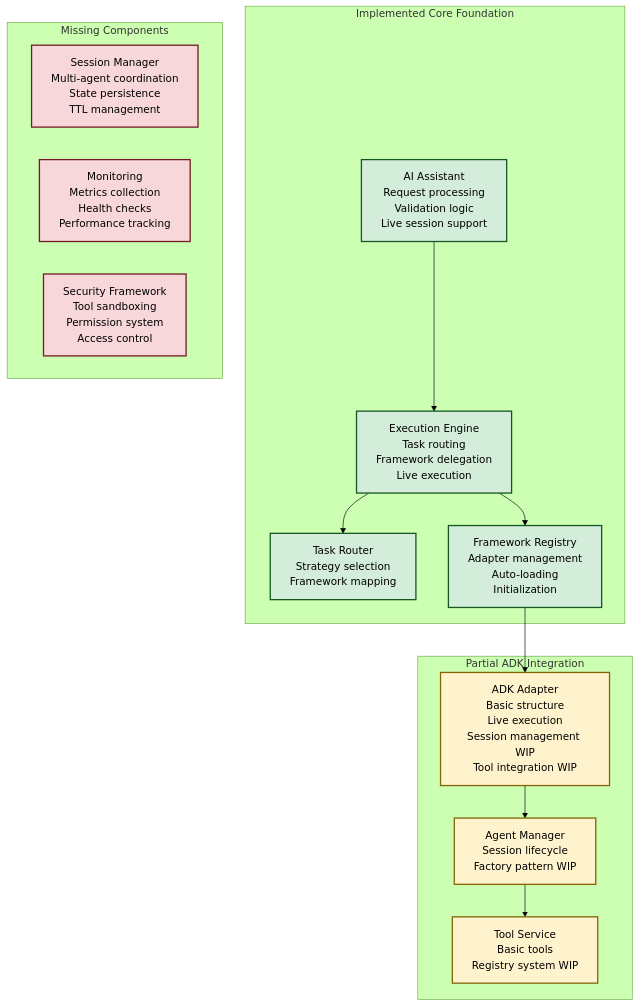
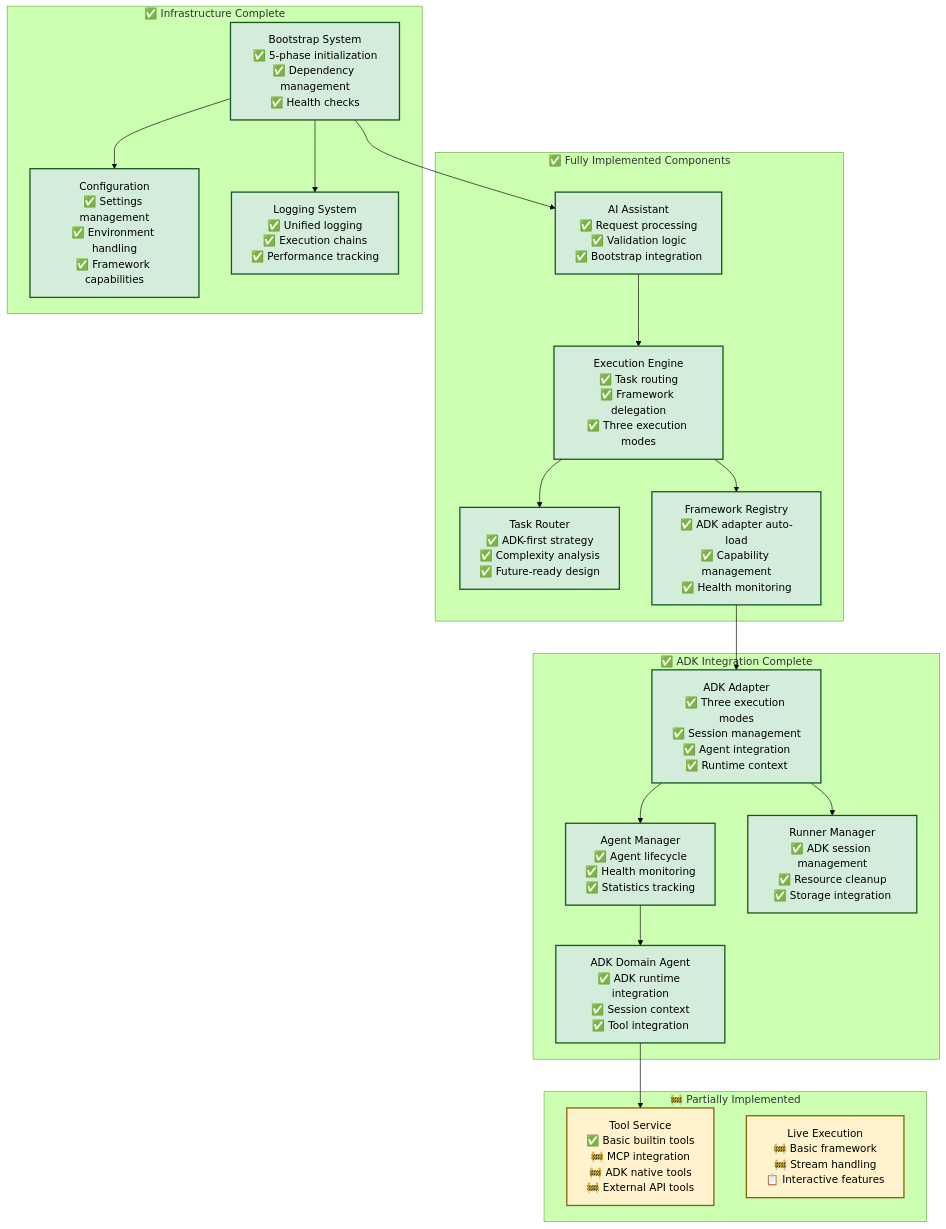
Before and after one commit to wudalu/aether-frame: the third of 3 diagrams in docs/architecture.md, drawn with Mermaid (forest theme). The commit also changed other lines of this file and 7 other files, not shown here.

````diff
--- a/docs/architecture.md
+++ b/docs/architecture.md
@@ -331,36 +229,49 @@
 ```mermaid
 graph TB
-    subgraph "Implemented Core Foundation"
-        AI[AI Assistant<br/>Request processing<br/>Validation logic<br/>Live session support]
-        EE[Execution Engine<br/>Task routing<br/>Framework delegation<br/>Live execution]
-        TR[Task Router<br/>Strategy selection<br/>Framework mapping]
-        FR[Framework Registry<br/>Adapter management<br/>Auto-loading<br/>Initialization]
+    subgraph "✅ Fully Implemented Components"
+        AI[AI Assistant<br/>✅ Request processing<br/>✅ Validation logic<br/>✅ Bootstrap integration]
+        EE[Execution Engine<br/>✅ Task routing<br/>✅ Framework delegation<br/>✅ Three execution modes]
+        TR[Task Router<br/>✅ ADK-first strategy<br/>✅ Complexity analysis<br/>✅ Future-ready design]
+        FR[Framework Registry<br/>✅ ADK adapter auto-load<br/>✅ Capability management<br/>✅ Health monitoring]
     end
     
-    subgraph "Partial ADK Integration"
-        ADK[ADK Adapter<br/>Basic structure<br/>Live execution<br/>Session management WIP<br/>Tool integration WIP]
-        AM[Agent Manager<br/>Session lifecycle<br/>Factory pattern WIP]
-        TOOLS[Tool Service<br/>Basic tools<br/>Registry system WIP]
+    subgraph "✅ ADK Integration Complete"
+        ADK[ADK Adapter<br/>✅ Three execution modes<br/>✅ Session management<br/>✅ Agent integration<br/>✅ Runtime context]
+        AM[Agent Manager<br/>✅ Agent lifecycle<br/>✅ Health monitoring<br/>✅ Statistics tracking]
+        RM[Runner Manager<br/>✅ ADK session management<br/>✅ Resource cleanup<br/>✅ Storage integration]
+        DA[ADK Domain Agent<br/>✅ ADK runtime integration<br/>✅ Session context<br/>✅ Tool integration]
     end
     
-    subgraph "Missing Components"
-        SESS[Session Manager<br/>Multi-agent coordination<br/>State persistence<br/>TTL management]
-        MON[Monitoring<br/>Metrics collection<br/>Health checks<br/>Performance tracking]
-        SEC[Security Framework<br/>Tool sandboxing<br/>Permission system<br/>Access control]
+    subgraph "🚧 Partially Implemented"
+        TOOLS[Tool Service<br/>✅ Basic builtin tools<br/>🚧 MCP integration<br/>🚧 ADK native tools<br/>🚧 External API tools]
+        LIVE[Live Execution<br/>🚧 Basic framework<br/>🚧 Stream handling<br/>📋 Interactive features]
+    end
+    
+    subgraph "✅ Infrastructure Complete"
+        BOOT[Bootstrap System<br/>✅ 5-phase initialization<br/>✅ Dependency management<br/>✅ Health checks]
+        CONFIG[Configuration<br/>✅ Settings management<br/>✅ Environment handling<br/>✅ Framework capabilities]
+        LOG[Logging System<br/>✅ Unified logging<br/>✅ Execution chains<br/>✅ Performance tracking]
     end
     
     AI --> EE
     EE --> TR
     EE --> FR
     FR --> ADK
     ADK --> AM
-    AM --> TOOLS
+    ADK --> RM
+    AM --> DA
+    DA --> TOOLS
+    
+    BOOT --> AI
+    BOOT --> CONFIG
+    BOOT --> LOG
     
     classDef implemented fill:#d4edda,stroke:#155724,stroke-width:2
     classDef partial fill:#fff3cd,stroke:#856404,stroke-width:2
-    classDef missing fill:#f8d7da,stroke:#721c24,stroke-width:2
+    classDef placeholder fill:#f8d7da,stroke:#721c24,stroke-width:2
     
     class AI,EE,TR,FR implemented
-    class ADK,AM,TOOLS partial
-    class SESS,MON,SEC missing
+    class ADK,AM,RM,DA implemented
+    class BOOT,CONFIG,LOG implemented
+    class TOOLS,LIVE partial
 ```
````
